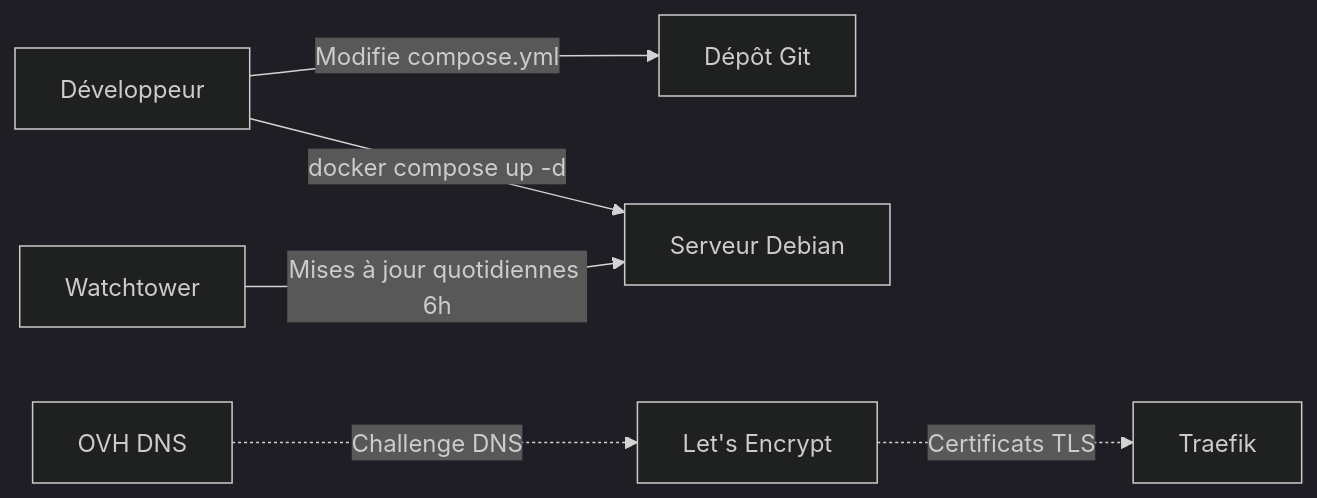
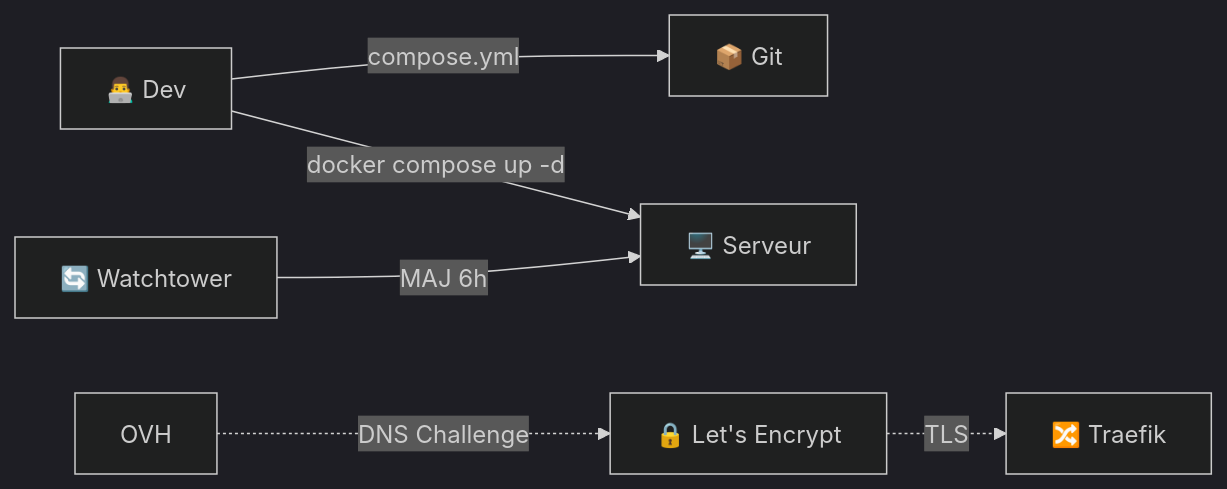
Before and after one commit to Wifsimster/docker-setup: the sixth of 6 diagrams in README.md, drawn with Mermaid (dark theme). The commit also changed other lines of this file, not shown here.

````diff
--- a/README.md
+++ b/README.md
@@ -219,8 +169,8 @@
 ```mermaid
 graph LR
-    Dev[Développeur] -->|Modifie compose.yml| Git[Dépôt Git]
-    Dev -->|docker compose up -d| Serveur[Serveur Debian]
-    Watchtower -->|Mises à jour quotidiennes 6h| Serveur
-    LetsEncrypt[Let's Encrypt] -.->|Certificats TLS| Traefik
-    OVH[OVH DNS] -.->|Challenge DNS| LetsEncrypt
+    Dev[👨‍💻 Dev] -->|compose.yml| Git[📦 Git]
+    Dev -->|docker compose up -d| Server[🖥️ Serveur]
+    Watchtower[🔄 Watchtower] -->|MAJ 6h| Server
+    LE[🔒 Let's Encrypt] -.->|TLS| Traefik[🔀 Traefik]
+    OVH -.->|DNS Challenge| LE
 ```
````
